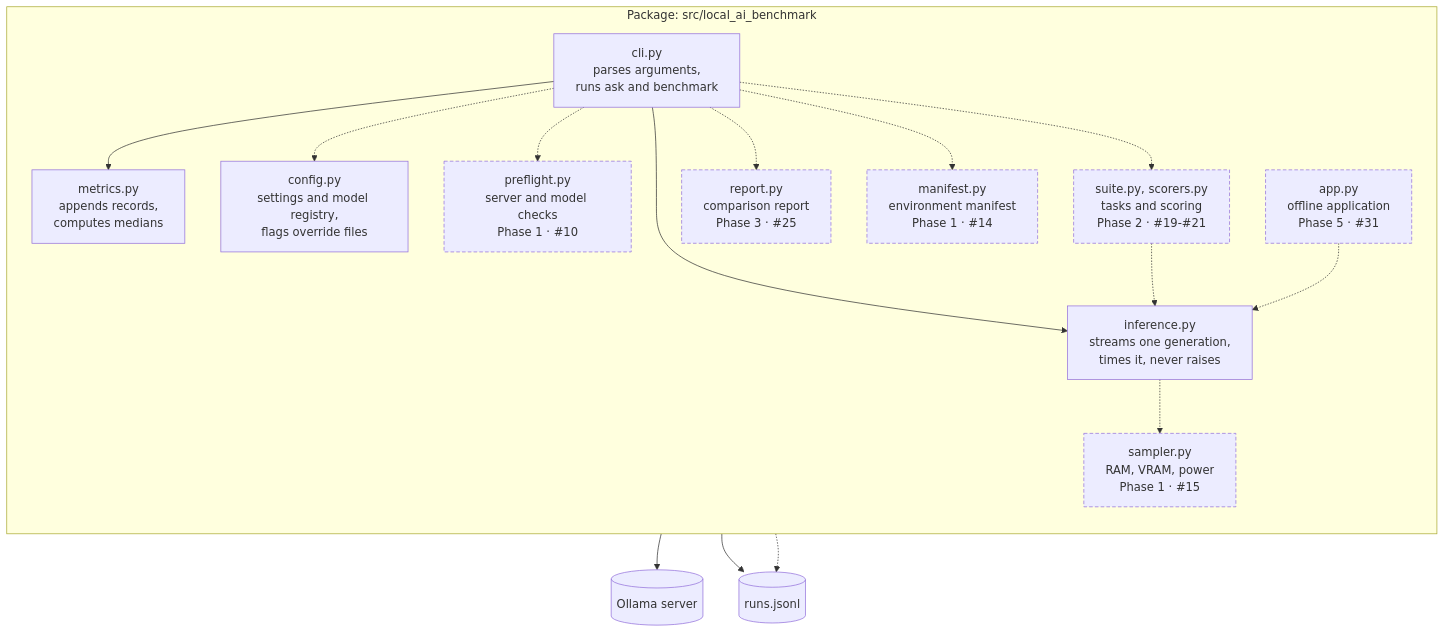
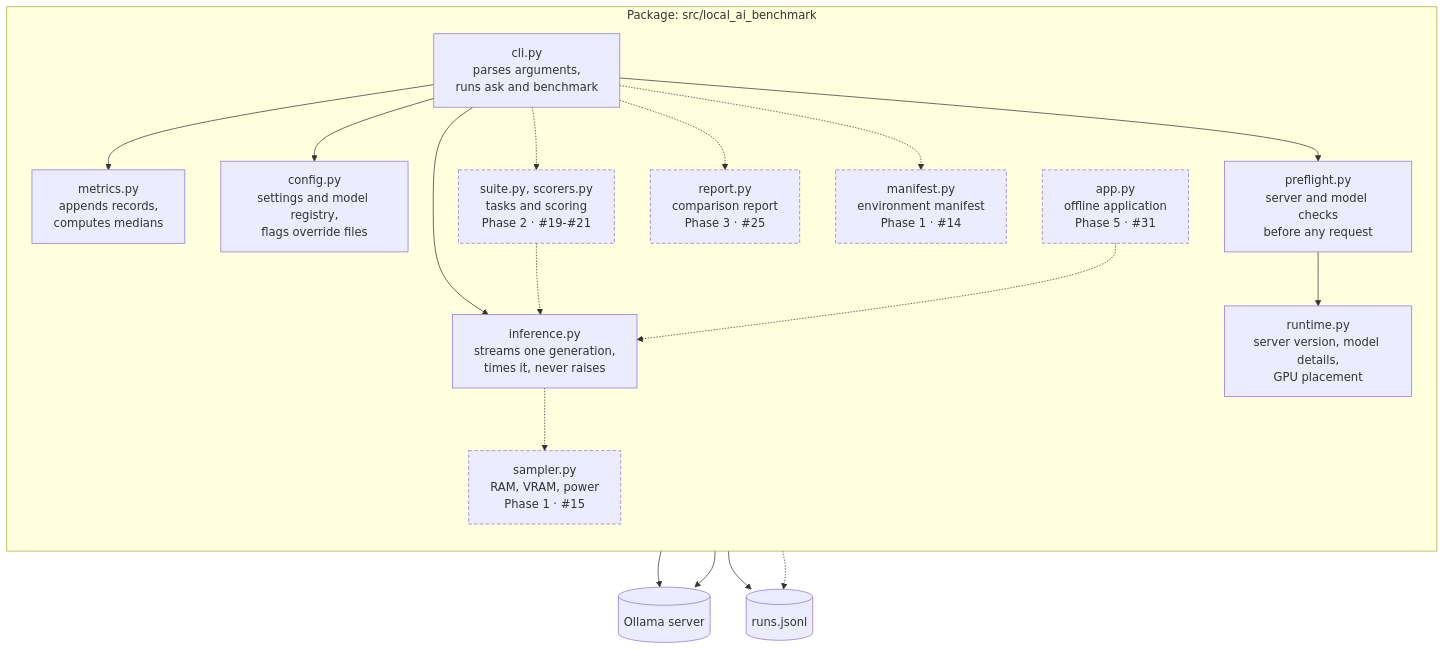
The second of 3 diagrams in docs/architecture.md (saicharan-nidiganti/local-ai-benchmark), drawn with Mermaid before and after one commit. The commit also changed other lines of this file and 8 other files, not shown here.

First line of the commit message:
feat: preflight check of the server and model before warm-up (#43)

````diff
--- a/docs/architecture.md
+++ b/docs/architecture.md
@@ -50,32 +50,35 @@
 ```mermaid
 flowchart TB
     subgraph pkg["Package: src/local_ai_benchmark"]
         direction TB
         cli["cli.py<br/>parses arguments,<br/>runs ask and benchmark"]
         inference["inference.py<br/>streams one generation,<br/>times it, never raises"]
         metrics["metrics.py<br/>appends records,<br/>computes medians"]
         config["config.py<br/>settings and model registry,<br/>flags override files"]
-        preflight["preflight.py<br/>server and model checks<br/>Phase 1 · #10"]:::planned
+        preflight["preflight.py<br/>server and model checks<br/>before any request"]
+        runtimeq["runtime.py<br/>server version, model details,<br/>GPU placement"]
         manifest["manifest.py<br/>environment manifest<br/>Phase 1 · #14"]:::planned
         sampler["sampler.py<br/>RAM, VRAM, power<br/>Phase 1 · #15"]:::planned
         suite["suite.py, scorers.py<br/>tasks and scoring<br/>Phase 2 · #19-#21"]:::planned
         report["report.py<br/>comparison report<br/>Phase 3 · #25"]:::planned
         app["app.py<br/>offline application<br/>Phase 5 · #31"]:::planned
     end
     ollama[("Ollama server")]
     log[("runs.jsonl")]
     cli --> inference
     cli --> metrics
     inference --> ollama
     metrics --> log
-    cli -.-> config
-    cli -.-> preflight
+    cli --> config
+    cli --> preflight
+    preflight --> runtimeq
+    runtimeq --> ollama
     cli -.-> suite
     cli -.-> report
     inference -.-> sampler
     cli -.-> manifest
     suite -.-> inference
     report -.-> log
     app -.-> inference
     classDef planned stroke-dasharray: 5 3
 ```
````
